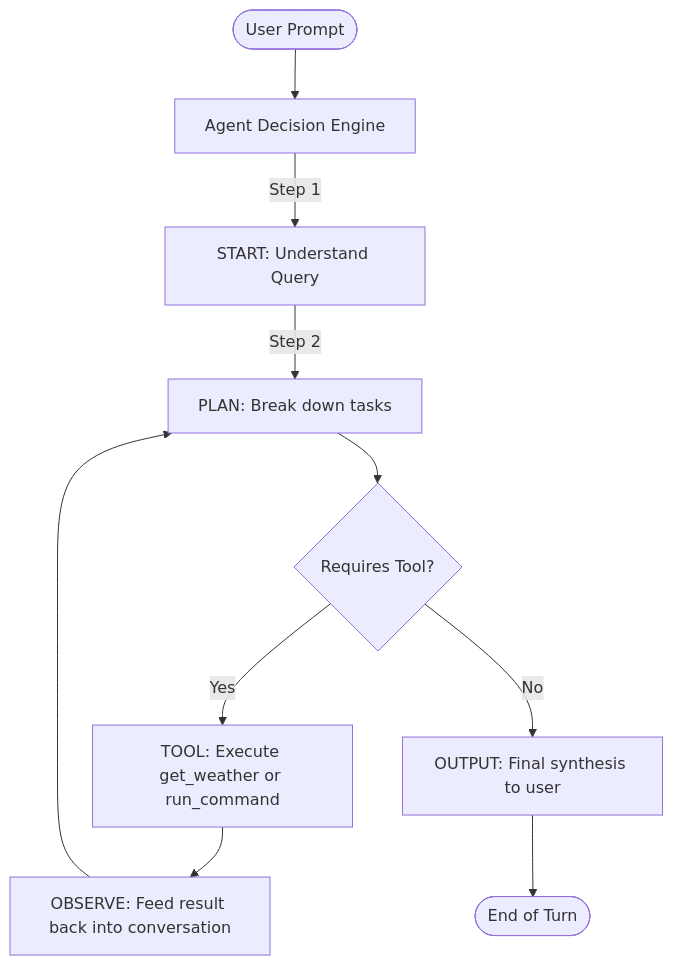
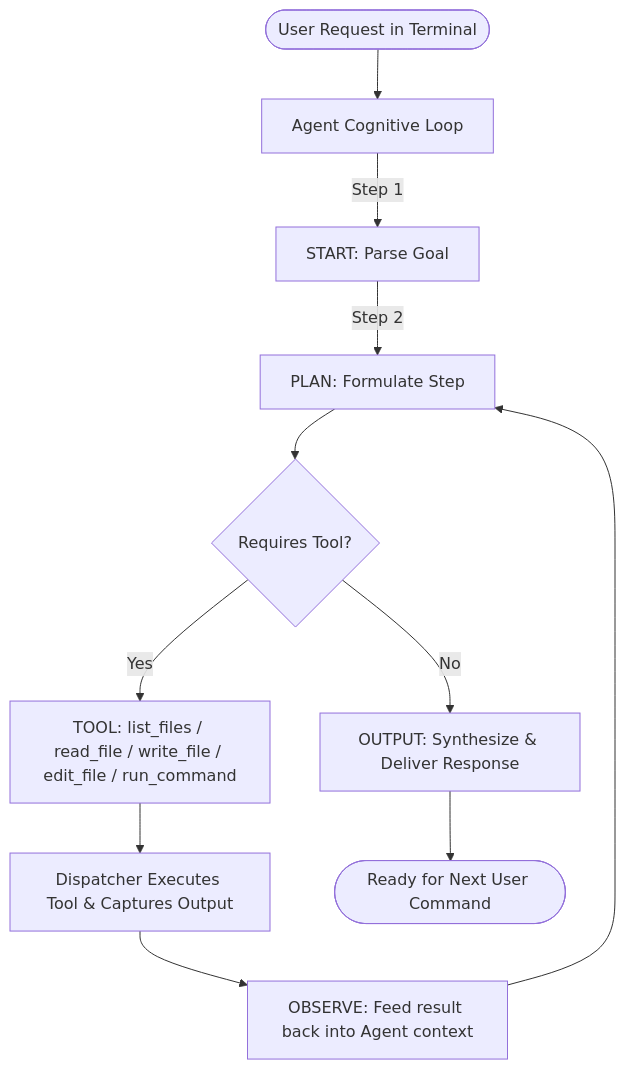
The diagram in README.md (Rohit18457/autocodex), drawn with Mermaid before and after one commit. The commit also changed other lines of this file and 1 other file, not shown here.

````diff
--- a/README.md
+++ b/README.md
@@ -29,12 +34,13 @@
 ```mermaid
 flowchart TD
-    User([User Prompt]) --> Agent[Agent Decision Engine]
-    Agent -->|Step 1| Start[START: Understand Query]
-    Start -->|Step 2| Plan[PLAN: Break down tasks]
+    User([User Request in Terminal]) --> Agent[Agent Cognitive Loop]
+    Agent -->|Step 1| Start[START: Parse Goal]
+    Start -->|Step 2| Plan[PLAN: Formulate Step]
     Plan --> Decision{Requires Tool?}
-    Decision -->|Yes| Tool[TOOL: Execute get_weather or run_command]
-    Tool --> Observe[OBSERVE: Feed result back into conversation]
+    Decision -->|Yes| Tool[TOOL: list_files / read_file / write_file / edit_file / run_command]
+    Tool --> Execute[Dispatcher Executes Tool & Captures Output]
+    Execute --> Observe[OBSERVE: Feed result back into Agent context]
     Observe --> Plan
-    Decision -->|No| Output[OUTPUT: Final synthesis to user]
-    Output --> Done([End of Turn])
+    Decision -->|No| Output[OUTPUT: Synthesize & Deliver Response]
+    Output --> Done([Ready for Next User Command])
 ```
````
